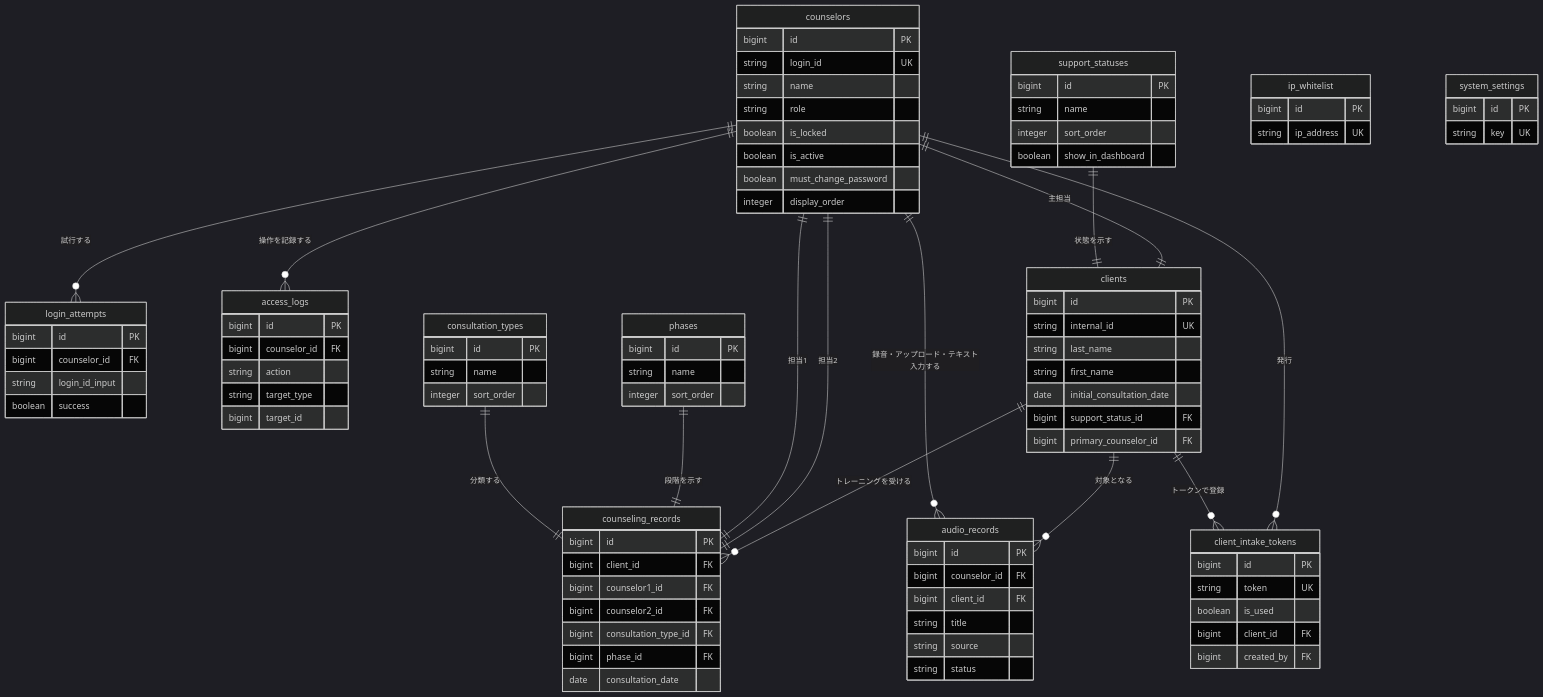
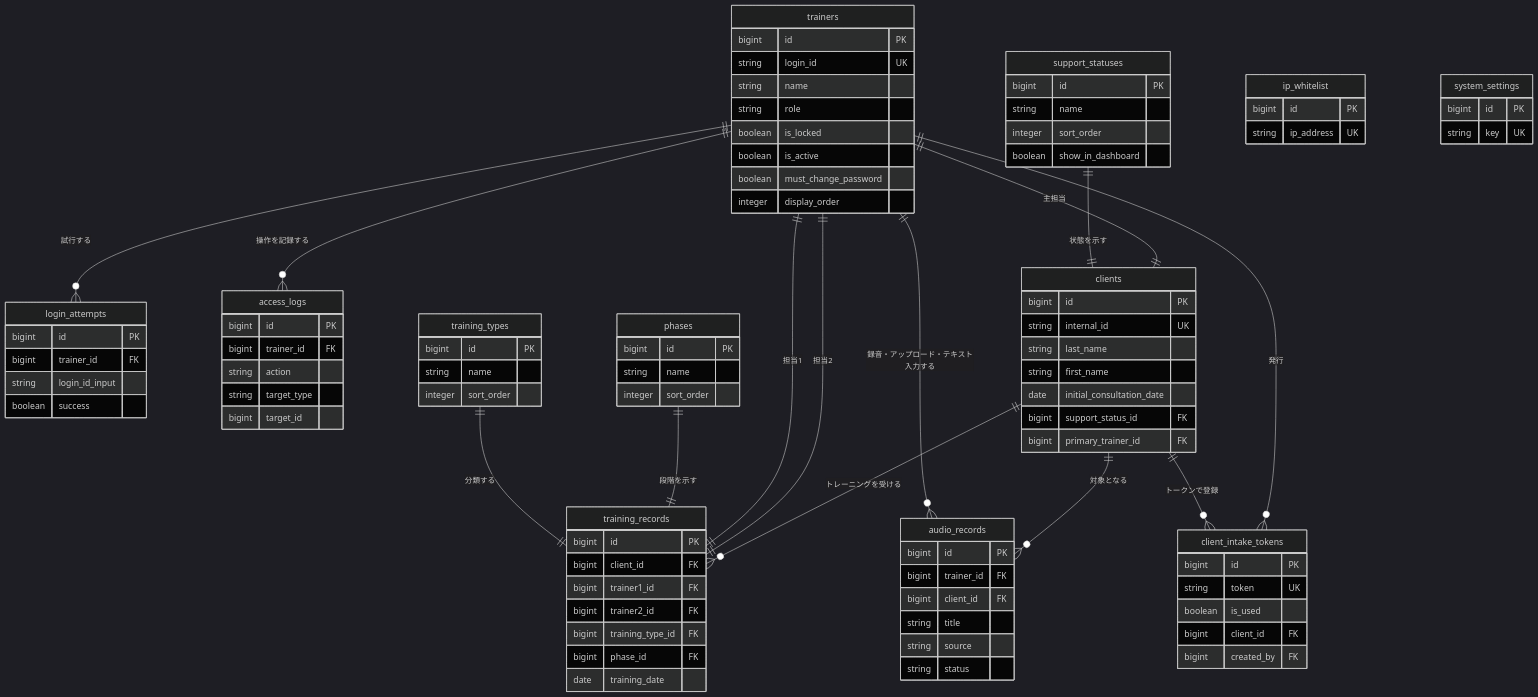
One commit to y-ouchi-inmylife/training-record-system changed the diagram in docs/db-schema.md. Above: the diagram before and after it, drawn with Mermaid (dark theme). The commit also changed other lines of this file and 1 other file, not shown here.

````diff
--- a/docs/db-schema.md
+++ b/docs/db-schema.md
@@ -25,6 +25,6 @@
 ```mermaid
 erDiagram
-    counselors {
+    trainers {
         bigint id PK
         string login_id UK
         string name
@@ -37,21 +37,21 @@
 
     login_attempts {
         bigint id PK
-        bigint counselor_id FK
+        bigint trainer_id FK
         string login_id_input
         boolean success
     }
 
     access_logs {
         bigint id PK
-        bigint counselor_id FK
+        bigint trainer_id FK
         string action
         string target_type
         bigint target_id
     }
 
-    counselors ||--o{ login_attempts : "試行する"
-    counselors ||--o{ access_logs : "操作を記録する"
+    trainers ||--o{ login_attempts : "試行する"
+    trainers ||--o{ access_logs : "操作を記録する"
 
 
     clients {
@@ -61,7 +61,7 @@
         string first_name
         date initial_consultation_date
         bigint support_status_id FK
-        bigint primary_counselor_id FK
+        bigint primary_trainer_id FK
     }
 
     support_statuses {
@@ -82,17 +82,17 @@
         bigint created_by FK
     }
 
-    counseling_records {
+    training_records {
         bigint id PK
         bigint client_id FK
-        bigint counselor1_id FK
-        bigint counselor2_id FK
-        bigint consultation_type_id FK
+        bigint trainer1_id FK
+        bigint trainer2_id FK
+        bigint training_type_id FK
         bigint phase_id FK
-        date consultation_date
+        date training_date
     }
 
-    consultation_types {
+    training_types {
         bigint id PK
         string name
         integer sort_order
@@ -104,13 +104,13 @@
         integer sort_order
     }
 
-    consultation_types ||--|| counseling_records : "分類する"
-    phases ||--|| counseling_records : "段階を示す"
+    training_types ||--|| training_records : "分類する"
+    phases ||--|| training_records : "段階を示す"
 
 
     audio_records {
         bigint id PK
-        bigint counselor_id FK
+        bigint trainer_id FK
         bigint client_id FK
         string title
         string source
@@ -129,14 +129,14 @@
     }
 
 
-    counselors ||--|| clients : "主担当"
-    counselors ||--|| counseling_records : "担当1"
-    counselors ||--|| counseling_records : "担当2"
-    clients ||--o{ counseling_records : "トレーニングを受ける"
+    trainers ||--|| clients : "主担当"
+    trainers ||--|| training_records : "担当1"
+    trainers ||--|| training_records : "担当2"
+    clients ||--o{ training_records : "トレーニングを受ける"
 
-    counselors ||--o{ audio_records : "録音・アップロード・テキスト入力する"
+    trainers ||--o{ audio_records : "録音・アップロード・テキスト入力する"
 
     clients ||--o{ audio_records : "対象となる"
     clients ||--o{ client_intake_tokens : "トークンで登録"
-    counselors ||--o{ client_intake_tokens : "発行"
+    trainers ||--o{ client_intake_tokens : "発行"
 ```
````
